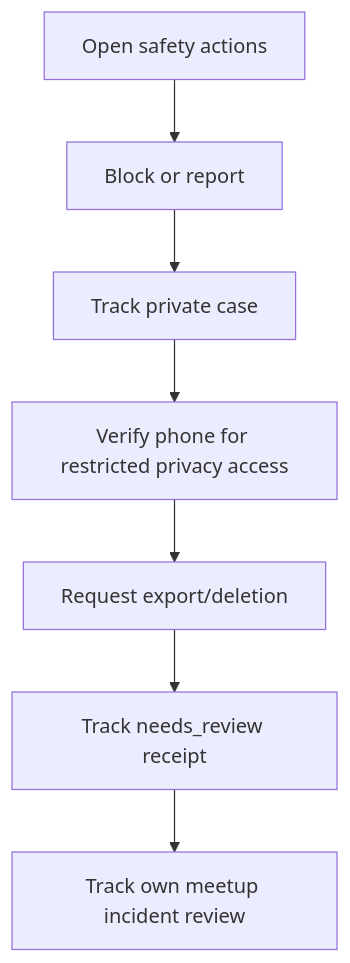
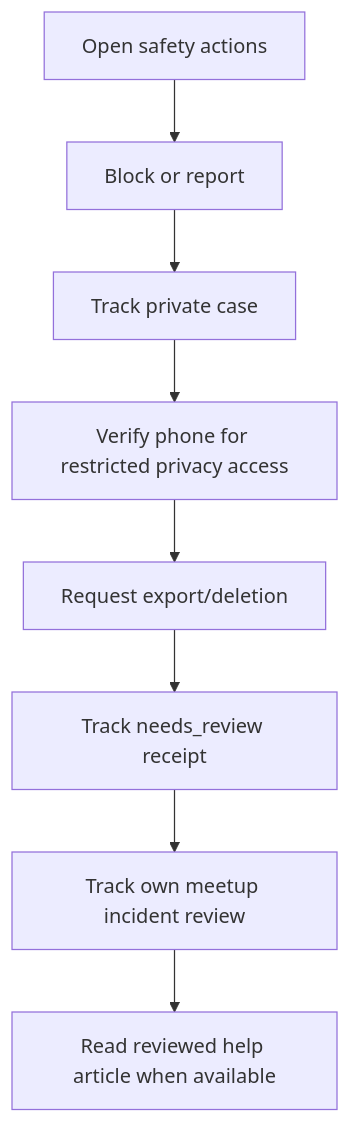
One commit to thams-geth/dogdating-api changed the diagram in docs/handovers/M11.md. Above: the diagram before and after it, drawn with Mermaid. The commit also changed other lines of this file and 16 other files, not shown here.

Commit message:
feat(help): publish reviewed versioned support articles

````diff
--- a/docs/handovers/M11.md
+++ b/docs/handovers/M11.md
@@ -15,16 +15,18 @@
 ```mermaid
 flowchart TD
   S0["Open safety actions"]
   S1["Block or report"]
   S2["Track private case"]
   S3["Verify phone for restricted privacy access"]
   S4["Request export/deletion"]
   S5["Track needs_review receipt"]
   S6["Track own meetup incident review"]
+  S7["Read reviewed help article when available"]
   S0 --> S1
   S1 --> S2
   S2 --> S3
   S3 --> S4
   S4 --> S5
   S5 --> S6
+  S6 --> S7
 ```
````
